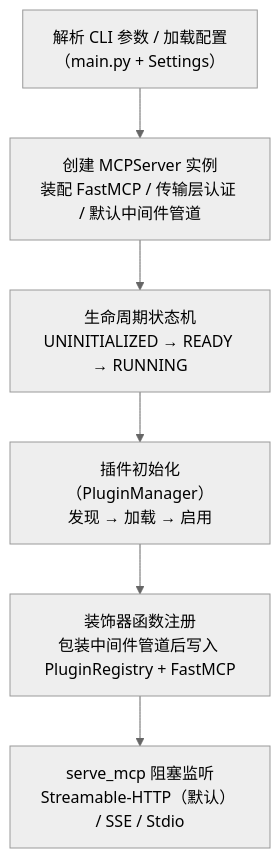
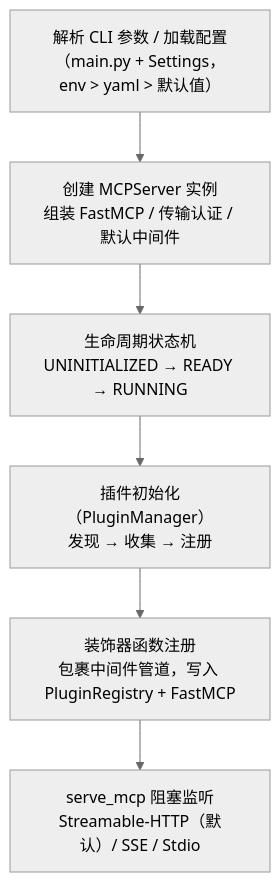
One commit to chain-engine/x-QiuChi changed the second of 4 diagrams in README.md. Above: the diagram before and after it, drawn with Mermaid (neutral theme). The commit also changed other lines of this file and 15 other files, not shown here.

````diff
--- a/README.md
+++ b/README.md
@@ -497,8 +310,11 @@
 ```mermaid
 flowchart TD
-    S1["解析 CLI 参数 / 加载配置<br/>（main.py + Settings）"] --> S2["创建 MCPServer 实例<br/>装配 FastMCP / 传输层认证 / 默认中间件管道"]
-    S2 --> S3["生命周期状态机<br/>UNINITIALIZED → READY → RUNNING"]
-    S3 --> S4["插件初始化（PluginManager）<br/>发现 → 加载 → 启用"]
-    S4 --> S5["装饰器函数注册<br/>包装中间件管道后写入 PluginRegistry + FastMCP"]
-    S5 --> S6["serve_mcp 阻塞监听<br/>Streamable-HTTP（默认） / SSE / Stdio"]
+    S1["解析 CLI 参数 / 加载配置<br/>（main.py + Settings，env > yaml > 默认值）"]
+    S2["创建 MCPServer 实例<br/>组装 FastMCP / 传输认证 / 默认中间件"]
+    S3["生命周期状态机<br/>UNINITIALIZED → READY → RUNNING"]
+    S4["插件初始化（PluginManager）<br/>发现 → 收集 → 注册"]
+    S5["装饰器函数注册<br/>包裹中间件管道，写入 PluginRegistry + FastMCP"]
+    S6["serve_mcp 阻塞监听<br/>Streamable-HTTP（默认）/ SSE / Stdio"]
+
+    S1 --> S2 --> S3 --> S4 --> S5 --> S6
 ```
````
